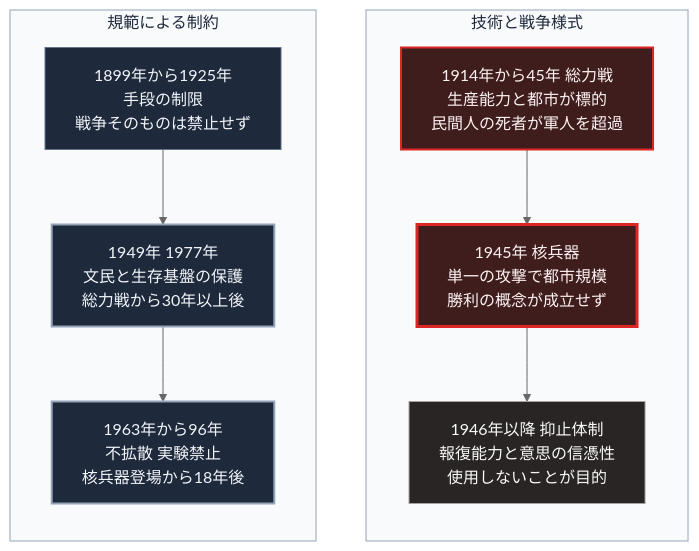
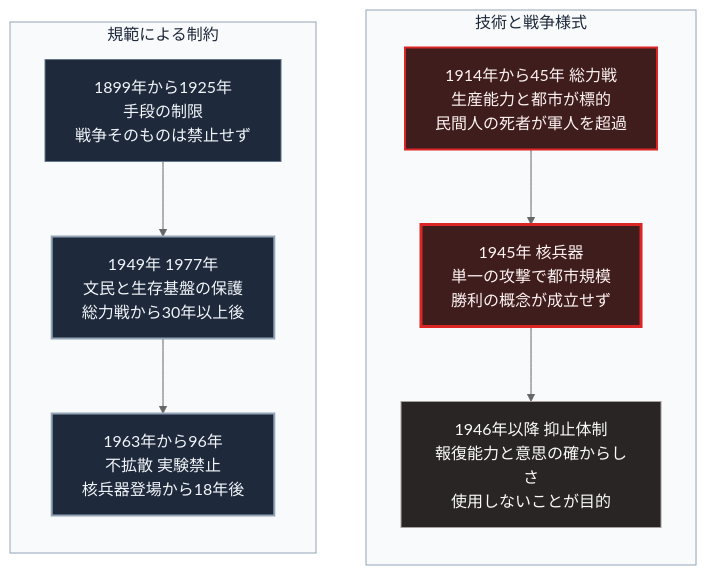
One commit to Takenori-Kusaka/zenn-content changed the diagram in books/sovereign-resilience-blueprint/war-total-war-and-nuclear.md. Above: the diagram before and after it, drawn with Mermaid (neutral theme). The commit also changed 15 other files, not shown here.

````diff
--- a/books/sovereign-resilience-blueprint/war-total-war-and-nuclear.md
+++ b/books/sovereign-resilience-blueprint/war-total-war-and-nuclear.md
@@ -85,24 +85,24 @@
 ```mermaid
 flowchart TD
     subgraph GA[技術と戦争様式]
         direction TB
         A1[1914年から45年 総力戦<br>生産能力と都市が標的<br>民間人の死者が軍人を超過]
         A1 --> A2[1945年 核兵器<br>単一の攻撃で都市規模<br>勝利の概念が成立せず]
-        A2 --> A3[1946年以降 抑止体制<br>報復能力と意思の信憑性<br>使用しないことが目的]
+        A2 --> A3[1946年以降 抑止体制<br>報復能力と意思の確からしさ<br>使用しないことが目的]
     end
     subgraph GB[規範による制約]
         direction TB
         B1[1899年から1925年<br>手段の制限<br>戦争そのものは禁止せず]
         B1 --> B2[1949年 1977年<br>文民と生存基盤の保護<br>総力戦から30年以上後]
         B2 --> B3[1963年から96年<br>不拡散 実験禁止<br>核兵器登場から18年後]
     end
 
     style GA fill:#f8fafc,stroke:#94a3b8,color:#1e293b
     style GB fill:#f8fafc,stroke:#94a3b8,color:#1e293b
     style A1 fill:#3f1d1d,stroke:#dc2626,stroke-width:2px,color:#fef2f2
     style A2 fill:#3f1d1d,stroke:#dc2626,stroke-width:3px,color:#fef2f2
     style A3 fill:#292524,stroke:#a8a29e,color:#fafaf9
     style B1 fill:#1e293b,stroke:#64748b,color:#f1f5f9
     style B2 fill:#1e293b,stroke:#94a3b8,stroke-width:2px,color:#f1f5f9
     style B3 fill:#1e293b,stroke:#94a3b8,stroke-width:2px,color:#f1f5f9
 ```
````
